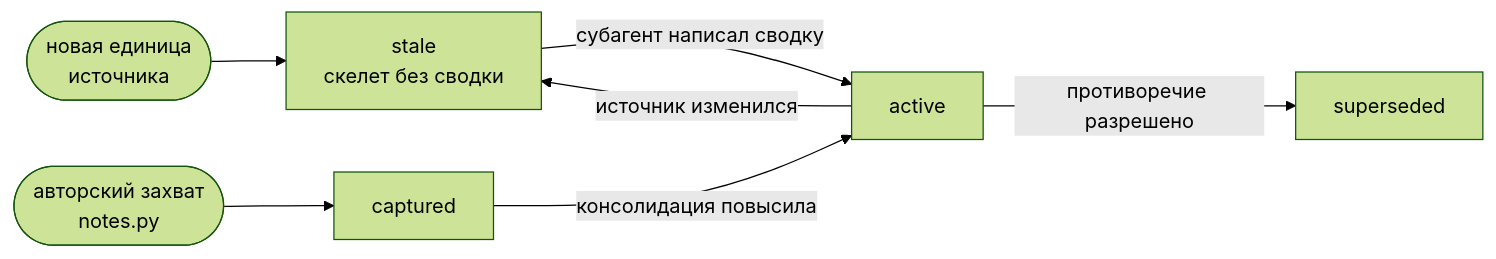
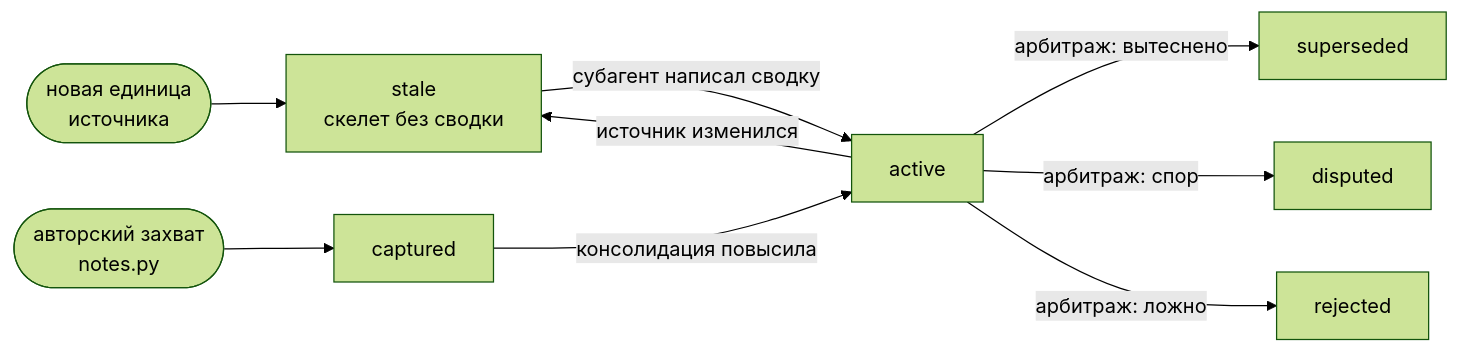
The first of 2 diagrams in docs/ru/architecture/02-data-model.md (Kvazar123/llm-amg), drawn with Mermaid (forest theme) before and after one commit. The commit also changed other lines of this file and 4 other files, not shown here.

First line of the commit message:
docs(architecture): arbitration layer + conflict surfacing (stage 14)

````diff
--- a/docs/ru/architecture/02-data-model.md
+++ b/docs/ru/architecture/02-data-model.md
@@ -136,9 +136,11 @@
 ```mermaid
 flowchart LR
     NEW(["новая единица<br/>источника"]) --> ST["stale<br/>скелет без сводки"]
     ST -->|субагент написал сводку| AC["active"]
     CAP(["авторский захват<br/>notes.py"]) --> CP["captured"]
     CP -->|консолидация повысила| AC
     AC -->|источник изменился| ST
-    AC -->|противоречие разрешено| SUP["superseded"]
+    AC -->|"арбитраж: вытеснено"| SUP["superseded"]
+    AC -->|"арбитраж: спор"| DIS["disputed"]
+    AC -->|"арбитраж: ложно"| REJ["rejected"]
 ```
````
